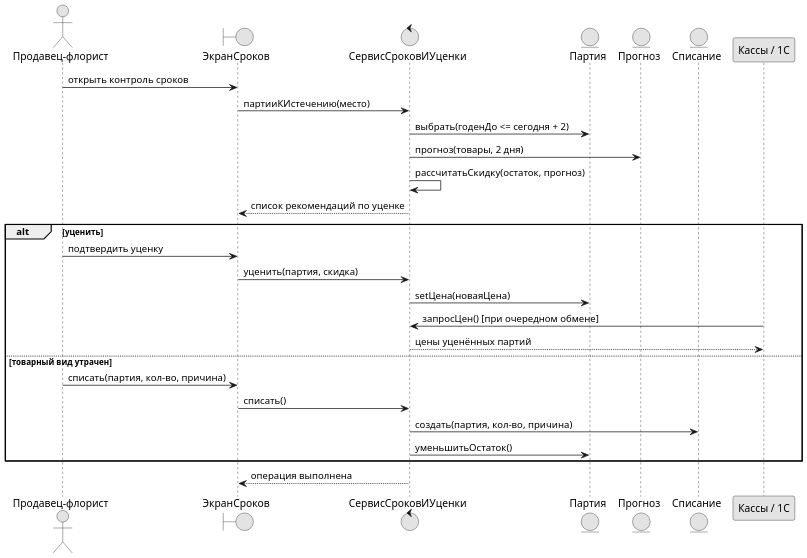
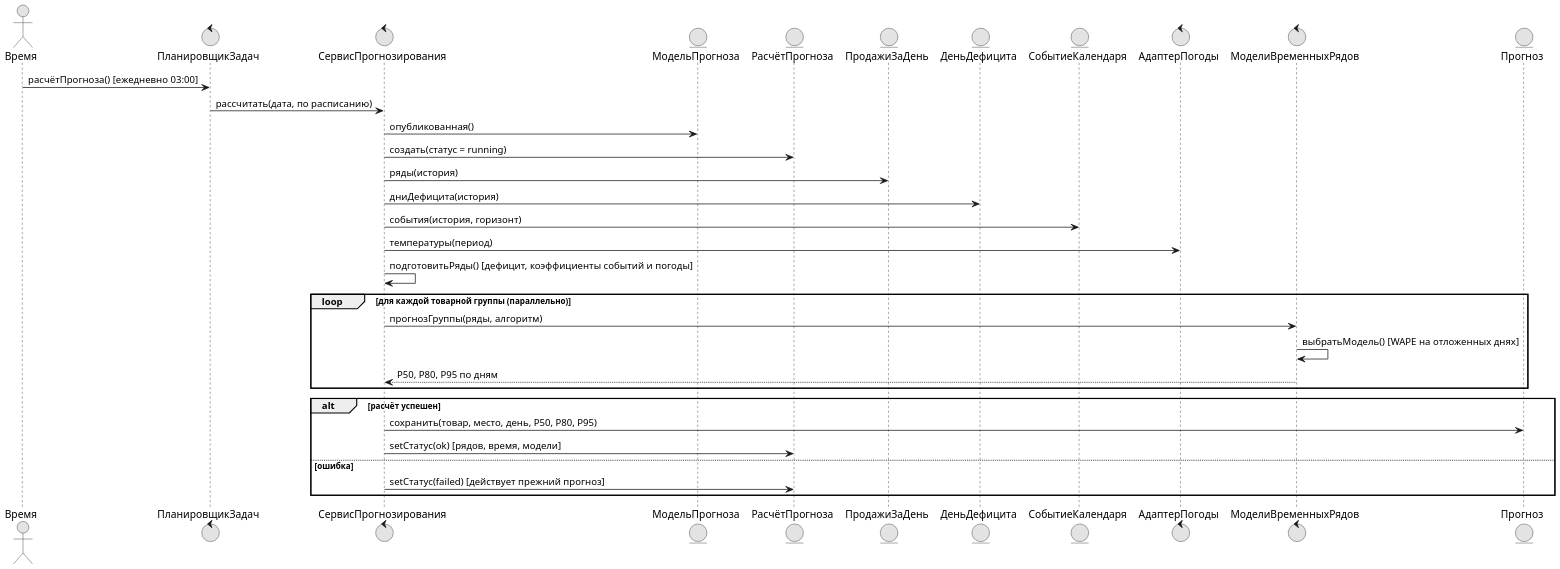
One commit to DarkSwordman999/flower-demand-planning changed the diagram in diagrams/uml_seq_3.puml. Above: the diagram before and after it, drawn with PlantUML. The commit also changed 69 other files, not shown here.

Commit message:
ПР 7-8 пересобран: диаграммы взаимодействия по всем вариантам использования, классы, состояния, компоненты и развёртывание

```diff
--- a/diagrams/uml_seq_3.puml
+++ b/diagrams/uml_seq_3.puml
@@ -1,33 +1,38 @@
 @startuml
 !pragma layout smetana
 skinparam dpi 150
 skinparam defaultFontName Arial
 skinparam shadowing false
 skinparam monochrome true
-actor "Продавец-флорист" as PF
-boundary "ЭкранСроков" as UI
-control "СервисСроковИУценки" as S
-entity "Партия" as P
+actor "Время" as TM
+control "ПланировщикЗадач" as SCH
+control "СервисПрогнозирования" as S
+entity "МодельПрогноза" as M
+entity "РасчётПрогноза" as R
+entity "ПродажиЗаДень" as DS
+entity "ДеньДефицита" as SO
+entity "СобытиеКалендаря" as EV
+control "АдаптерПогоды" as W
+control "МоделиВременныхРядов" as TS
 entity "Прогноз" as F
-entity "Списание" as W
-participant "Кассы / 1С" as KKT
-PF -> UI : открыть контроль сроков
-UI -> S : партииКИстечению(место)
-S -> P : выбрать(годенДо <= сегодня + 2)
-S -> F : прогноз(товары, 2 дня)
-S -> S : рассчитатьСкидку(остаток, прогноз)
-S --> UI : список рекомендаций по уценке
-alt уценить
-  PF -> UI : подтвердить уценку
-  UI -> S : уценить(партия, скидка)
-  S -> P : setЦена(новаяЦена)
-  KKT -> S : запросЦен() [при очередном обмене]
-  S --> KKT : цены уценённых партий
-else товарный вид утрачен
-  PF -> UI : списать(партия, кол-во, причина)
-  UI -> S : списать()
-  S -> W : создать(партия, кол-во, причина)
-  S -> P : уменьшитьОстаток()
+TM -> SCH : расчётПрогноза() [ежедневно 03:00]
+SCH -> S : рассчитать(дата, по расписанию)
+S -> M : опубликованная()
+S -> R : создать(статус = running)
+S -> DS : ряды(история)
+S -> SO : дниДефицита(история)
+S -> EV : события(история, горизонт)
+S -> W : температуры(период)
+S -> S : подготовитьРяды() [дефицит, коэффициенты событий и погоды]
+loop для каждой товарной группы (параллельно)
+  S -> TS : прогнозГруппы(ряды, алгоритм)
+  TS -> TS : выбратьМодель() [WAPE на отложенных днях]
+  TS --> S : P50, P80, P95 по дням
 end
-S --> UI : операция выполнена
+alt расчёт успешен
+  S -> F : сохранить(товар, место, день, P50, P80, P95)
+  S -> R : setСтатус(ok) [рядов, время, модели]
+else ошибка
+  S -> R : setСтатус(failed) [действует прежний прогноз]
+end
 @enduml
```
